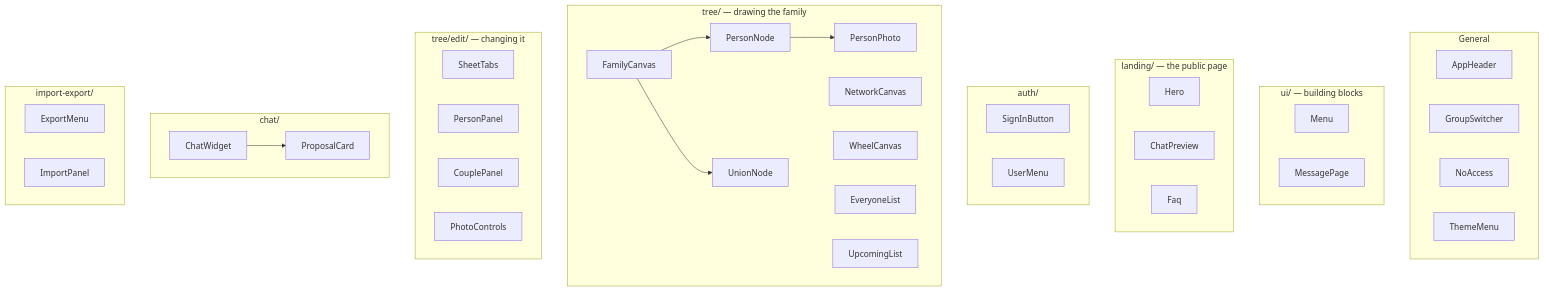
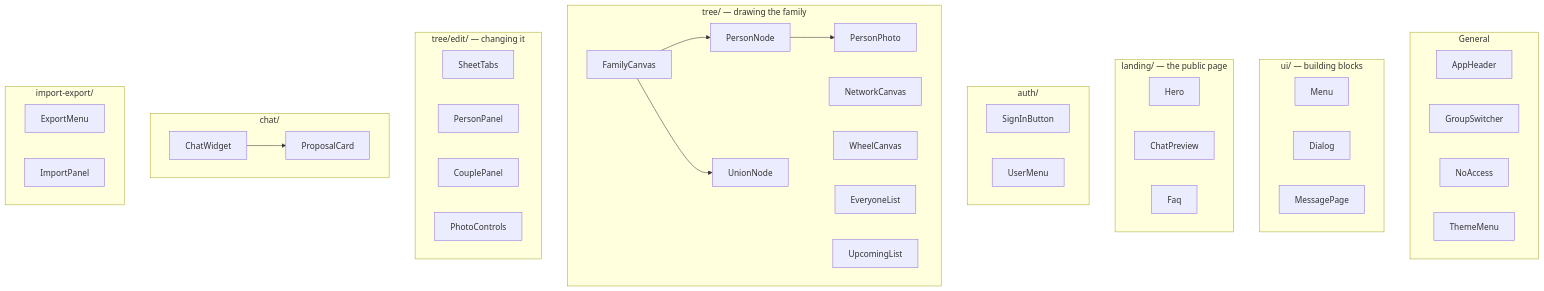
Before and after one commit to harikiranvusirikala/Family-Tree-with-AI: the tenth of 21 diagrams in docs/PROJECT_GUIDE.md, drawn with Mermaid. The commit also changed other lines of this file and 31 other files, not shown here.

````diff
--- a/docs/PROJECT_GUIDE.md
+++ b/docs/PROJECT_GUIDE.md
@@ -345,30 +345,30 @@
 ```mermaid
 flowchart TB
     subgraph general["General"]
         AppHeader; GroupSwitcher; NoAccess; ThemeMenu
     end
     subgraph ui["ui/ — building blocks"]
-        Menu; MessagePage
+        Menu; Dialog; MessagePage
     end
     subgraph landing["landing/ — the public page"]
         Hero; ChatPreview; Faq
     end
     subgraph auth["auth/"]
         SignInButton; UserMenu
     end
     subgraph tree["tree/ — drawing the family"]
         FamilyCanvas --> PersonNode
         FamilyCanvas --> UnionNode
         PersonNode --> PersonPhoto
         NetworkCanvas; WheelCanvas; EveryoneList; UpcomingList
     end
     subgraph edit["tree/edit/ — changing it"]
         SheetTabs; PersonPanel; CouplePanel; PhotoControls
     end
     subgraph chat["chat/"]
         ChatWidget --> ProposalCard
     end
     subgraph io["import-export/"]
         ExportMenu; ImportPanel
     end
 ```
````
